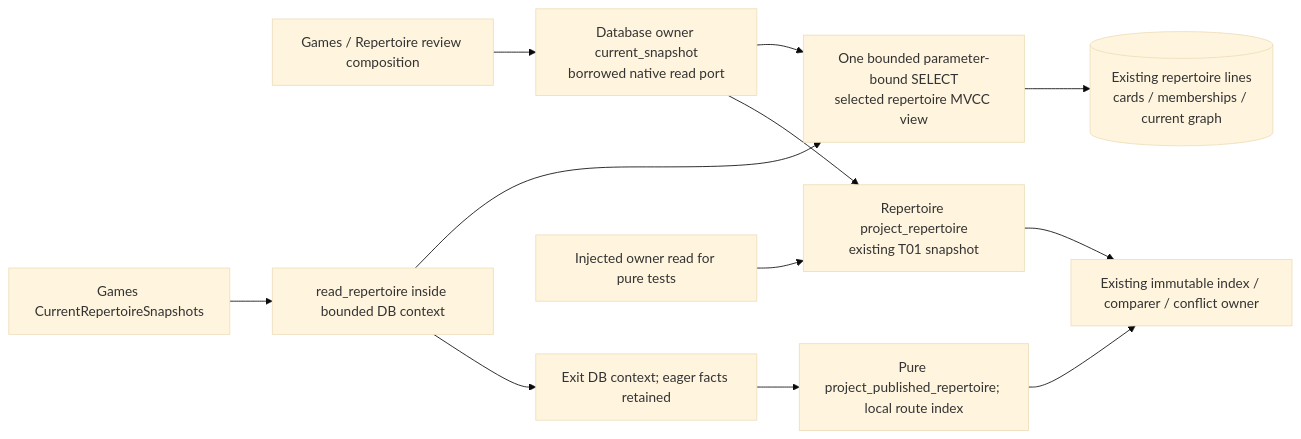
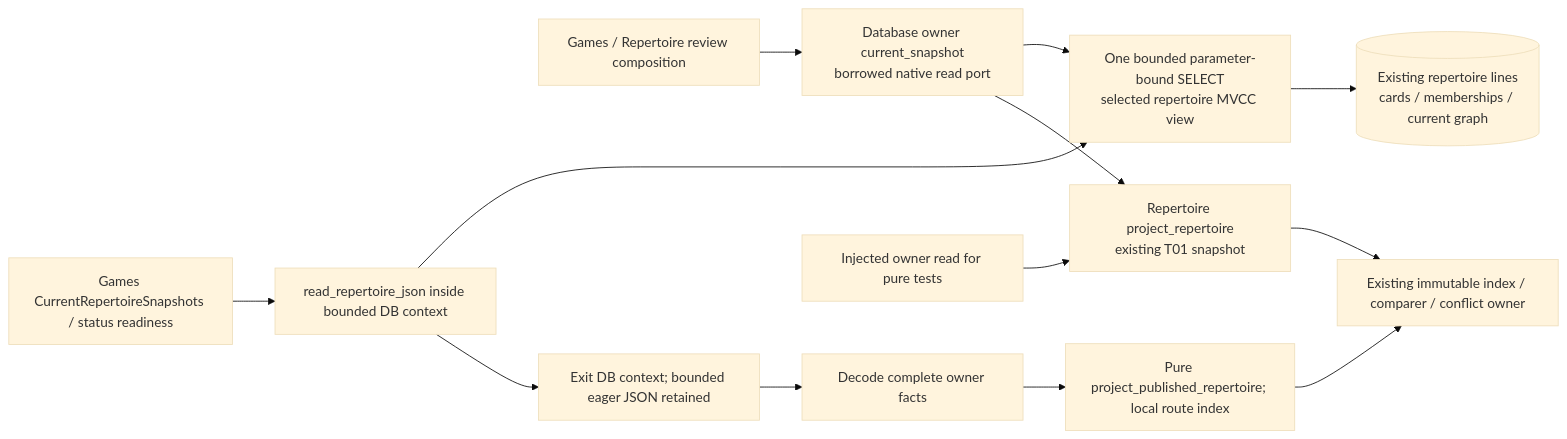
The second of 2 diagrams in backend/app/repertoire/README.md (aaweaver-actuary/tempo), drawn with Mermaid (base theme) before and after one commit. The commit also changed other lines of this file and 6 other files, not shown here.

Commit message:
Decode eager repertoire facts after releasing Games readers

````diff
--- a/backend/app/repertoire/README.md
+++ b/backend/app/repertoire/README.md
@@ -231,14 +233,15 @@
 ```mermaid
 flowchart LR
   Composition["Games / Repertoire review composition"] --> Reader["Database owner current_snapshot\nborrowed native read port"]
   Reader --> Select["One bounded parameter-bound SELECT\nselected repertoire MVCC view"]
   Select --> Existing[("Existing repertoire lines\ncards / memberships / current graph")]
   Reader --> Project["Repertoire project_repertoire\nexisting T01 snapshot"]
-  Games["Games CurrentRepertoireSnapshots"] --> ReadFacts["read_repertoire inside bounded DB context"]
+  Games["Games CurrentRepertoireSnapshots / status readiness"] --> ReadFacts["read_repertoire_json inside bounded DB context"]
   ReadFacts --> Select
-  ReadFacts --> Closed["Exit DB context; eager facts retained"]
-  Closed --> Published["Pure project_published_repertoire; local route index"]
+  ReadFacts --> Closed["Exit DB context; bounded eager JSON retained"]
+  Closed --> Decode["Decode complete owner facts"]
+  Decode --> Published["Pure project_published_repertoire; local route index"]
   Published --> Consumers
   Injected["Injected owner read for pure tests"] --> Project
   Project --> Consumers["Existing immutable index / comparer / conflict owner"]
 ```
````
